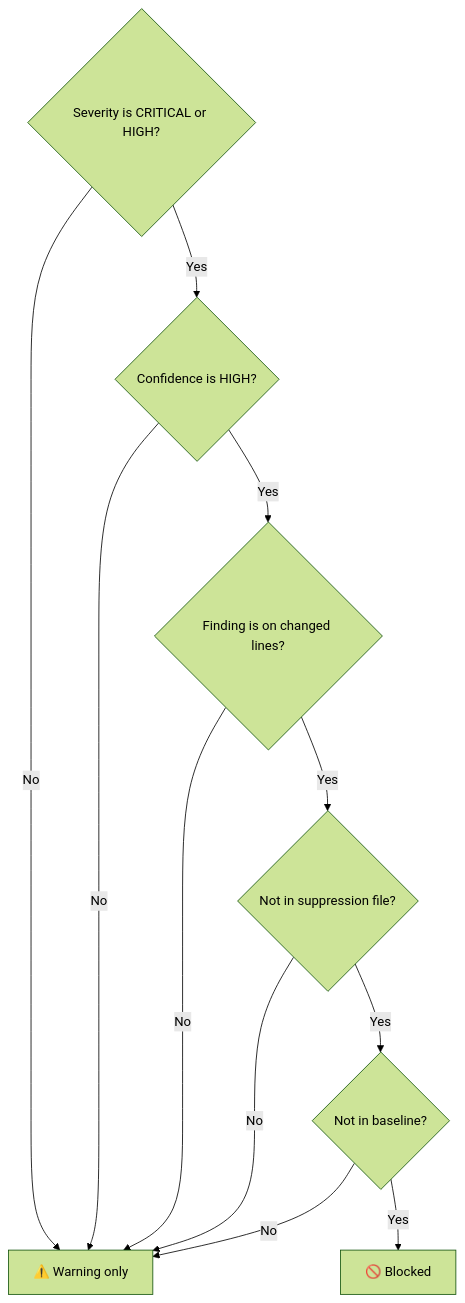
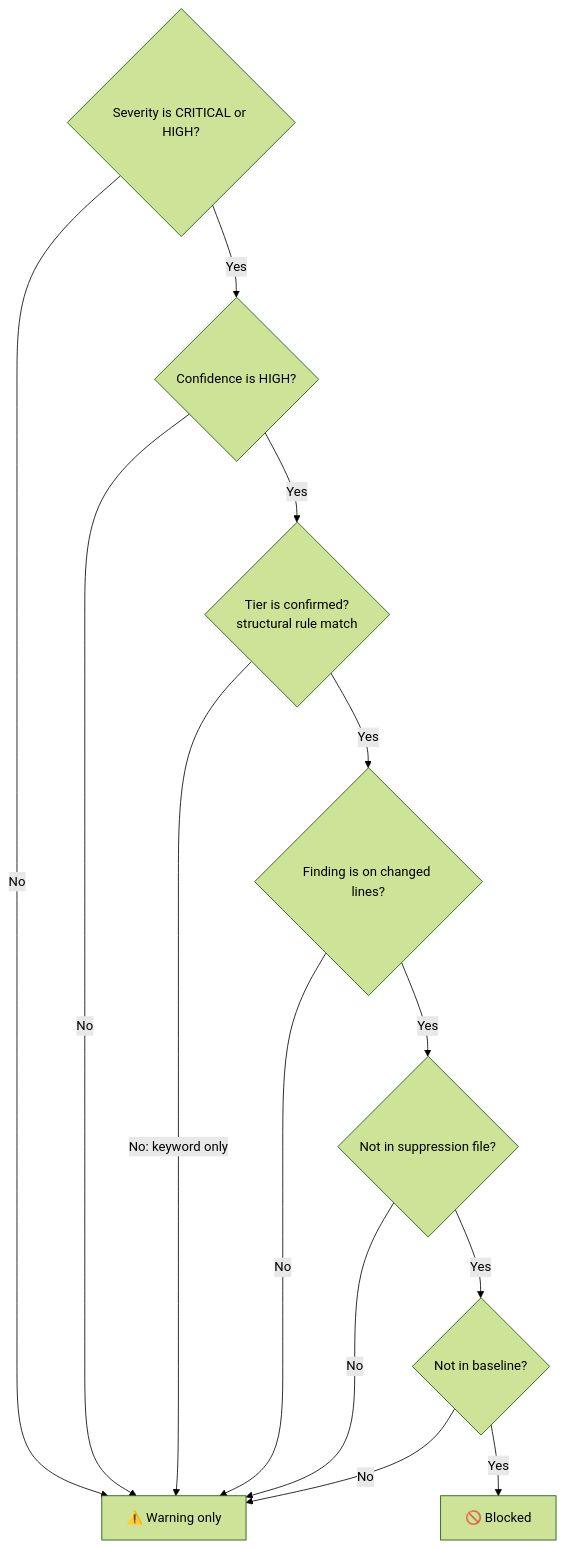
The fourth of 6 diagrams in README.md (mukta2701/privacy-review-agent), drawn with Mermaid (forest theme) before and after one commit. The commit also changed other lines of this file and 1 other file, not shown here.

````diff
--- a/README.md
+++ b/README.md
@@ -281,13 +282,15 @@
 ```mermaid
 flowchart TD
     A{Severity is CRITICAL or HIGH?} -- No --> WARN[⚠️ Warning only]
     A -- Yes --> B{Confidence is HIGH?}
     B -- No --> WARN
-    B -- Yes --> C{Finding is on changed lines?}
+    B -- Yes --> T{Tier is confirmed?\nstructural rule match}
+    T -- No: keyword only --> WARN
+    T -- Yes --> C{Finding is on changed lines?}
     C -- No --> WARN
     C -- Yes --> D{Not in suppression file?}
     D -- No --> WARN
     D -- Yes --> E{Not in baseline?}
     E -- No --> WARN
     E -- Yes --> BLOCK[🚫 Blocked]
 ```
````
